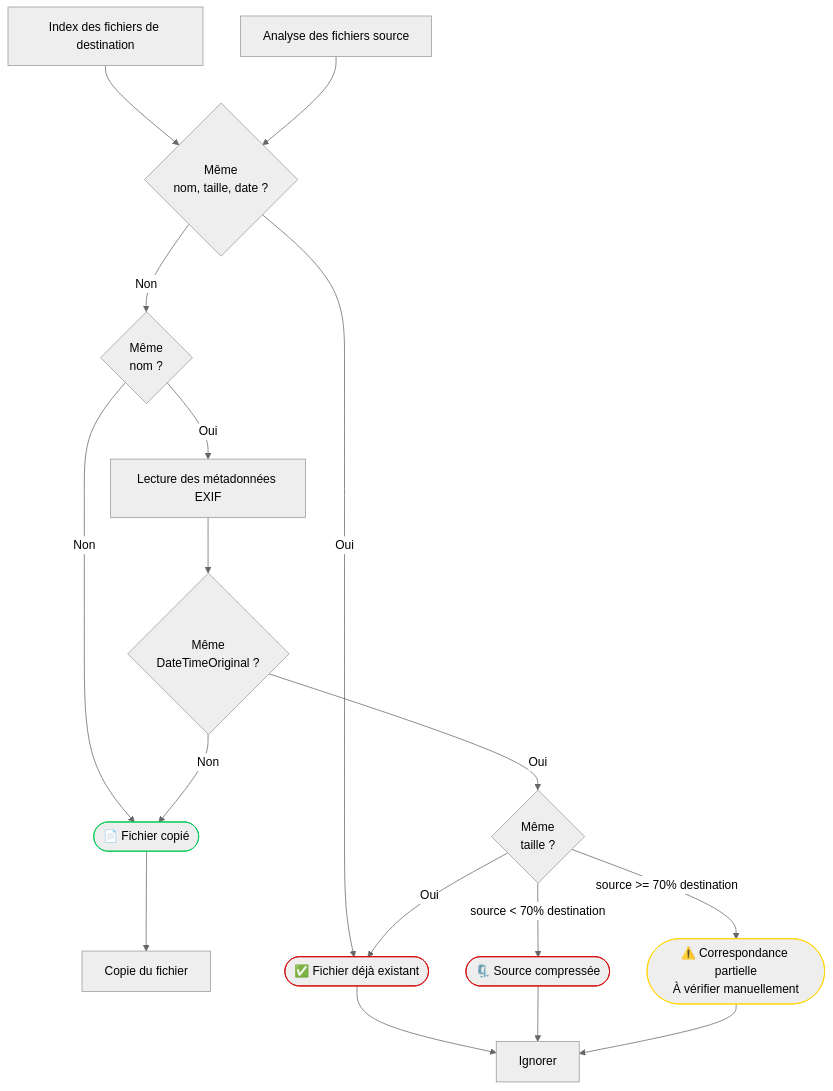
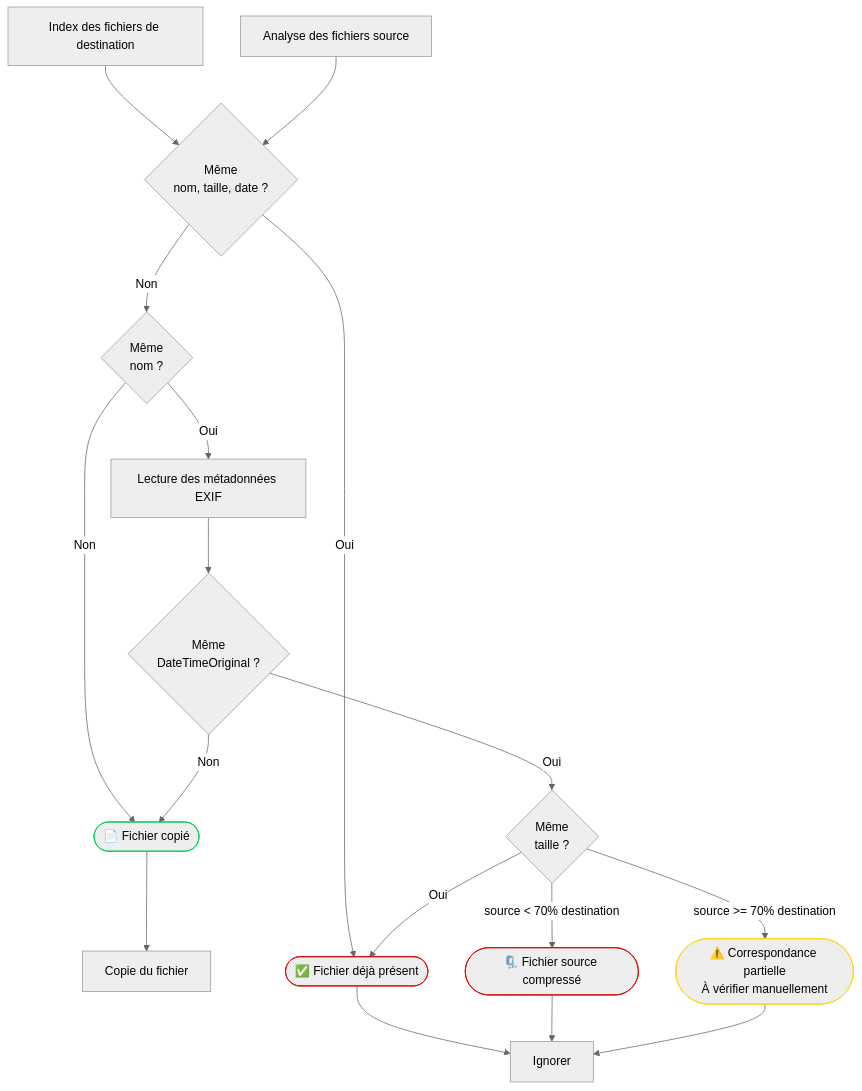
One commit to FunkyKwak/unique-photo-transfer changed the diagram in docs/README.fr.md. Above: the diagram before and after it, drawn with Mermaid (neutral theme). The commit also changed other lines of this file, not shown here.

````diff
--- a/docs/README.fr.md
+++ b/docs/README.fr.md
@@ -54,45 +56,45 @@
 ```mermaid
 flowchart TD
 
     A[Index des fichiers de destination]
     B[Analyse des fichiers source]
     C{Même<br>nom, taille, date ?}
     D[Copie du fichier]
-    E([✅ Fichier déjà existant])
+    E([✅ Fichier déjà présent])
     F[Lecture des métadonnées EXIF]
     G{Même<br>DateTimeOriginal ?}
     H([📄 Fichier copié])
     I([⚠️ Correspondance partielle<br>À vérifier manuellement])
     J[Ignorer]
     L{Même<br>taille ?}
-    M([🗜️ Source compressée])
+    M([🗜️ Fichier source compressé])
 
     A --> C
     B --> C
 
     C -->|Oui| E
     C -->|Non| K{Même<br>nom ?}
     
     K -->|Non| H
     K -->|Oui| F
 
     F --> G
 
     G -->|Oui| L
     G -->|Non| H
 
     L -->|Oui| E
     L -->|source < 70% destination| M
     L -->|source >= 70% destination| I
     
     H --> D
 
     E --> J
     M --> J
     I --> J
     
     style H stroke:#00C853
     style E stroke:#D50000
     style M stroke:#D50000
     style I stroke:#FFD600
 ```
````
